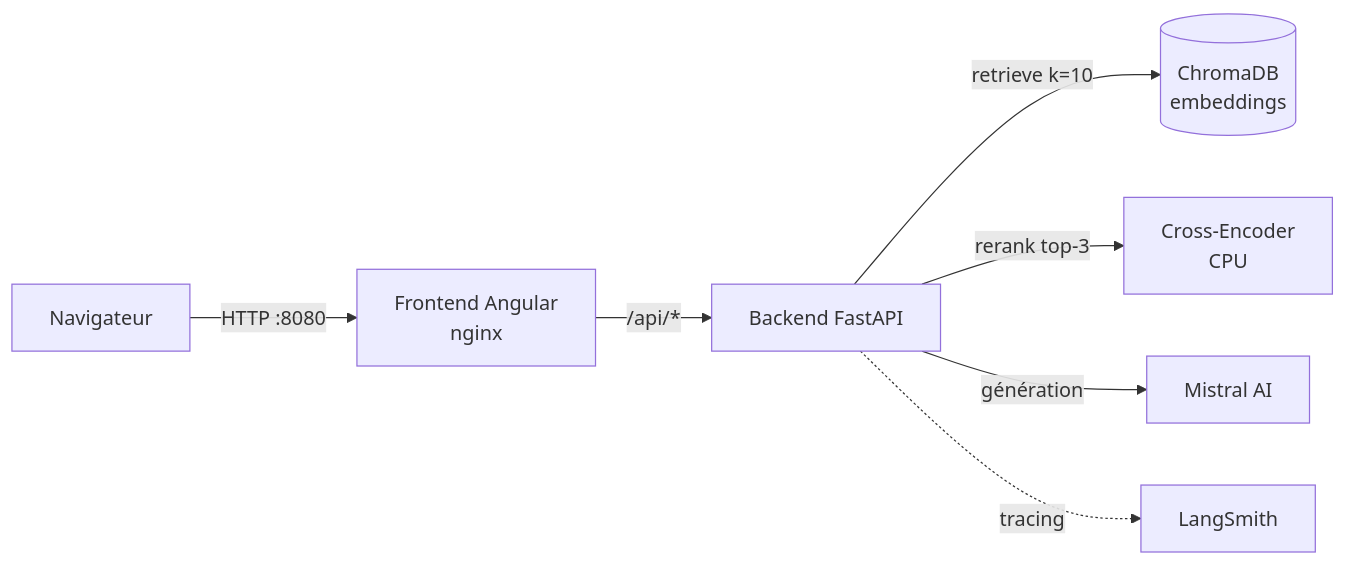
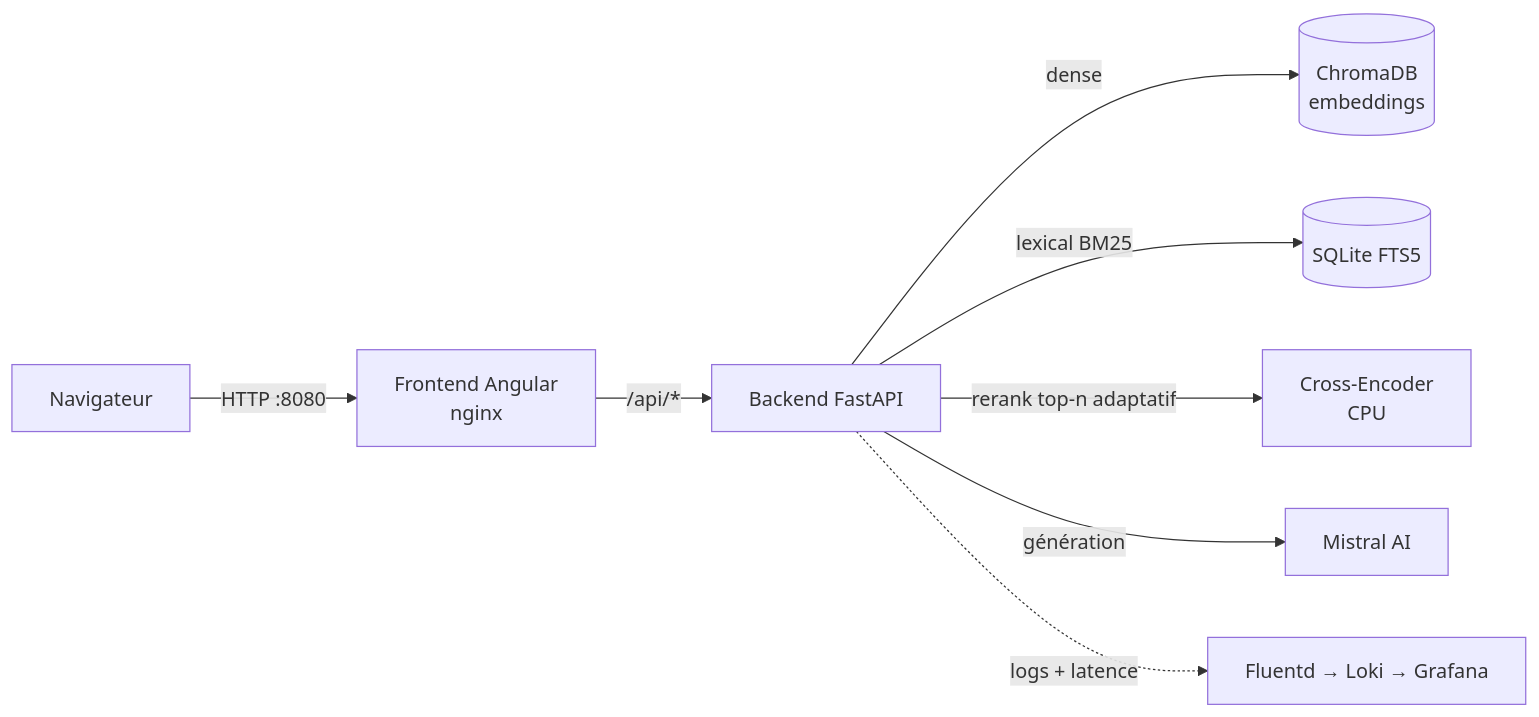
The diagram in README.md (MarieSainte/Portfolio_RAG_LLM), drawn with Mermaid before and after one commit. The commit also changed other lines of this file and 2 other files, not shown here.

````diff
--- a/README.md
+++ b/README.md
@@ -22,9 +22,10 @@
 ```mermaid
 flowchart LR
     U[Navigateur] -->|HTTP :8080| F[Frontend Angular<br/>nginx]
     F -->|/api/*| B[Backend FastAPI]
-    B -->|retrieve k=10| C[(ChromaDB<br/>embeddings)]
-    B -->|rerank top-3| R[Cross-Encoder<br/>CPU]
+    B -->|dense| C[(ChromaDB<br/>embeddings)]
+    B -->|lexical BM25| X[(SQLite FTS5)]
+    B -->|rerank top-n adaptatif| R[Cross-Encoder<br/>CPU]
     B -->|génération| M[Mistral AI]
-    B -.->|tracing| LS[LangSmith]
+    B -.->|logs + latence| O[Fluentd → Loki → Grafana]
 ```
````
